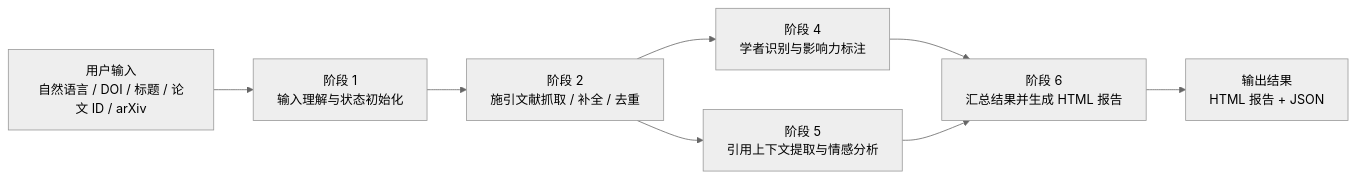
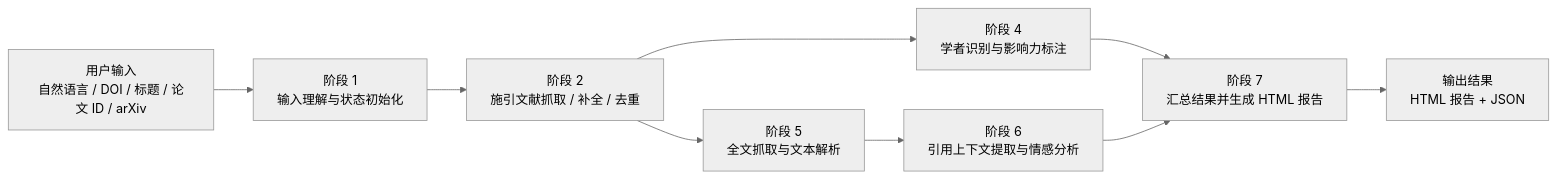
The diagram in README.md (TimMCBen/CiteAnalyzer-Agent), drawn with Mermaid (neutral theme) before and after one commit. The commit also changed other lines of this file and 3 other files, not shown here.

````diff
--- a/README.md
+++ b/README.md
@@ -26,18 +26,20 @@
 ```mermaid
 flowchart LR
     paper_input["用户输入<br/>自然语言 / DOI / 标题 / 论文 ID / arXiv"]
     parse_stage["阶段 1<br/>输入理解与状态初始化"]
     fetch_stage["阶段 2<br/>施引文献抓取 / 补全 / 去重"]
     scholar_stage["阶段 4<br/>学者识别与影响力标注"]
-    sentiment_stage["阶段 5<br/>引用上下文提取与情感分析"]
-    report_stage["阶段 6<br/>汇总结果并生成 HTML 报告"]
+    fulltext_stage["阶段 5<br/>全文抓取与文本解析"]
+    sentiment_stage["阶段 6<br/>引用上下文提取与情感分析"]
+    report_stage["阶段 7<br/>汇总结果并生成 HTML 报告"]
     final_output["输出结果<br/>HTML 报告 + JSON"]
 
     paper_input --> parse_stage
     parse_stage --> fetch_stage
     fetch_stage --> scholar_stage
-    fetch_stage --> sentiment_stage
+    fetch_stage --> fulltext_stage
+    fulltext_stage --> sentiment_stage
     scholar_stage --> report_stage
     sentiment_stage --> report_stage
     report_stage --> final_output
 ```
````
